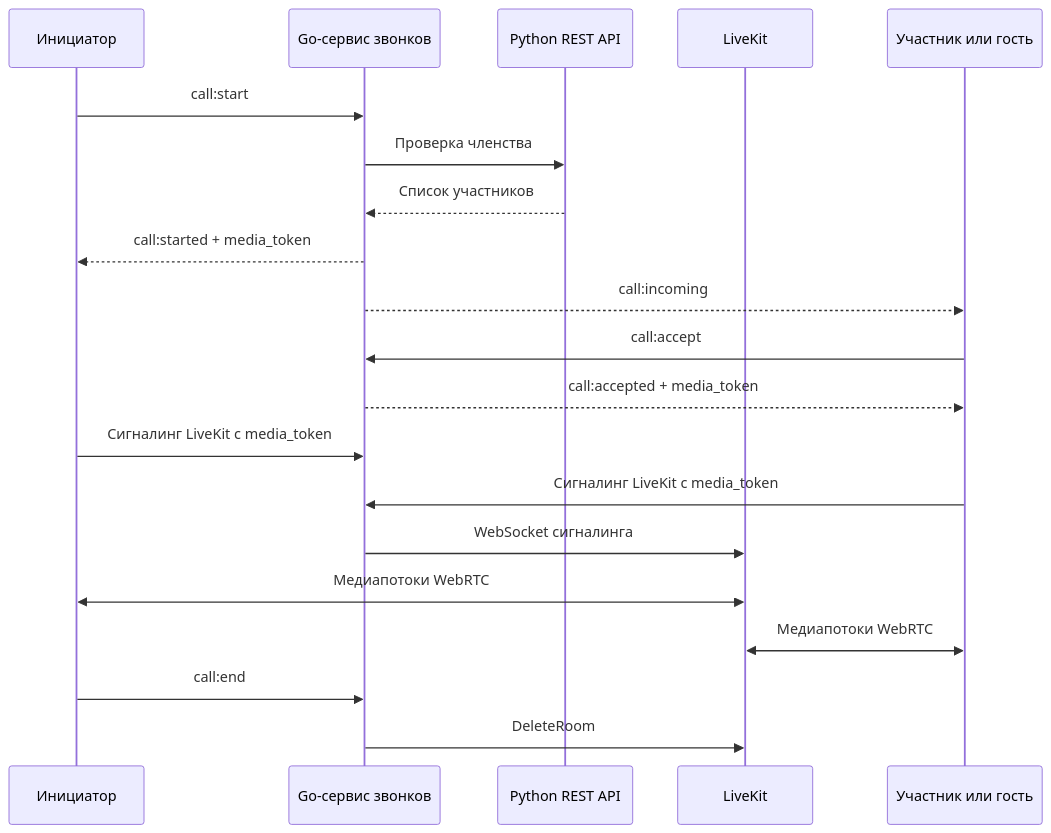
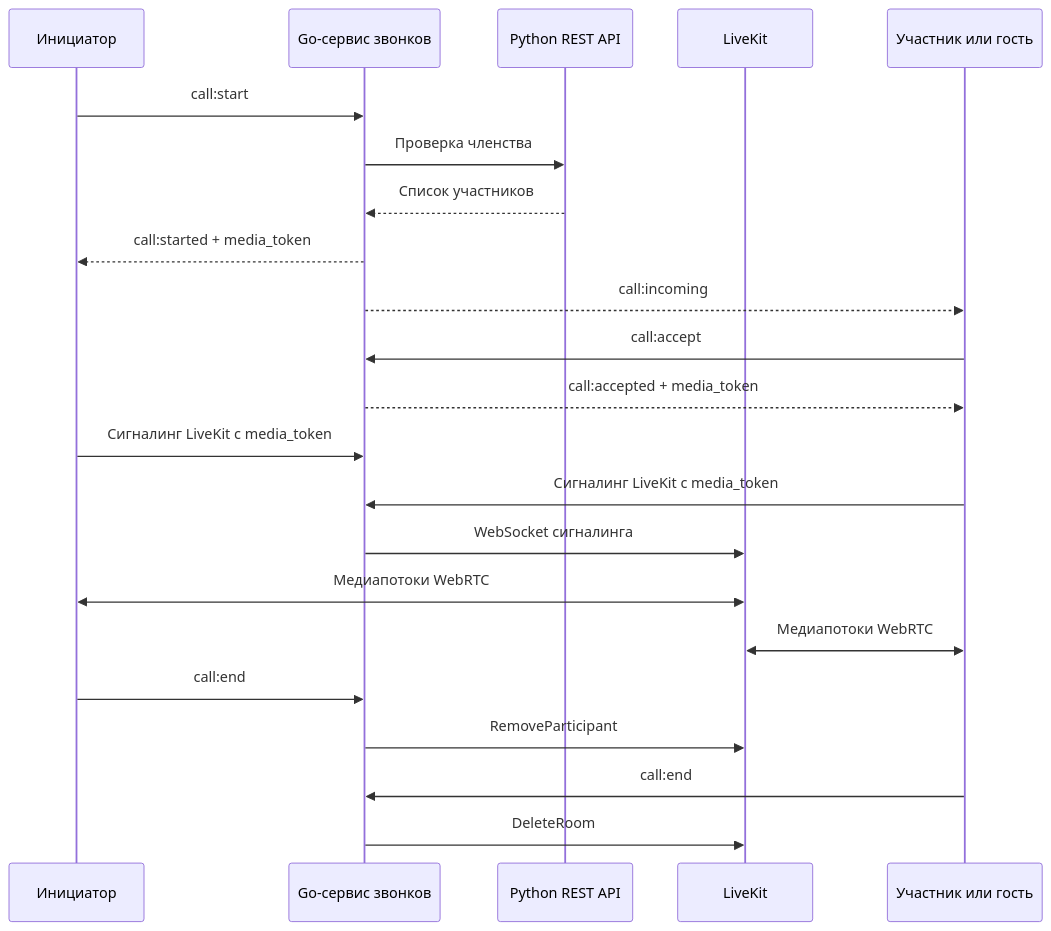
The diagram in api.md (Chernov2312/Spark), drawn with Mermaid before and after one commit. The commit also changed other lines of this file and 7 other files, not shown here.

````diff
--- a/api.md
+++ b/api.md
@@ -778,22 +767,24 @@
 ```mermaid
 sequenceDiagram
     participant A as Инициатор
     participant G as Go-сервис звонков
     participant P as Python REST API
     participant L as LiveKit
     participant B as Участник или гость
     A->>G: call:start
     G->>P: Проверка членства
     P-->>G: Список участников
     G-->>A: call:started + media_token
     G-->>B: call:incoming
     B->>G: call:accept
     G-->>B: call:accepted + media_token
     A->>G: Сигналинг LiveKit с media_token
     B->>G: Сигналинг LiveKit с media_token
     G->>L: WebSocket сигналинга
     A<<->>L: Медиапотоки WebRTC
     B<<->>L: Медиапотоки WebRTC
     A->>G: call:end
+    G->>L: RemoveParticipant
+    B->>G: call:end
     G->>L: DeleteRoom
 ```
````
